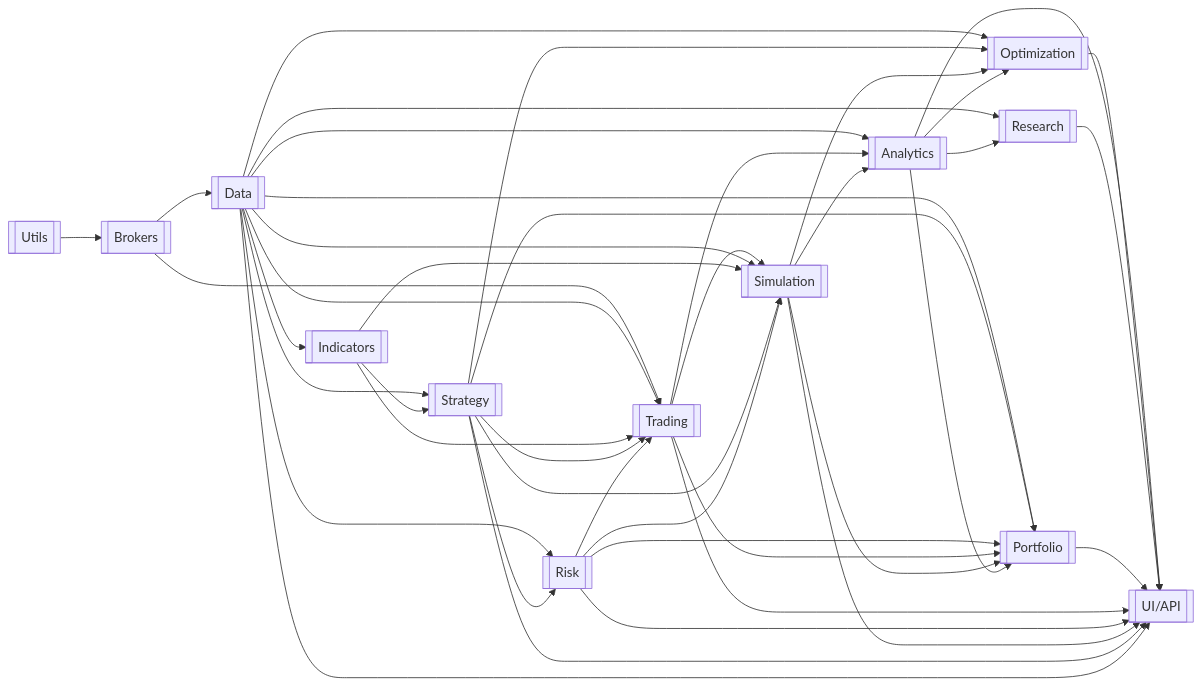
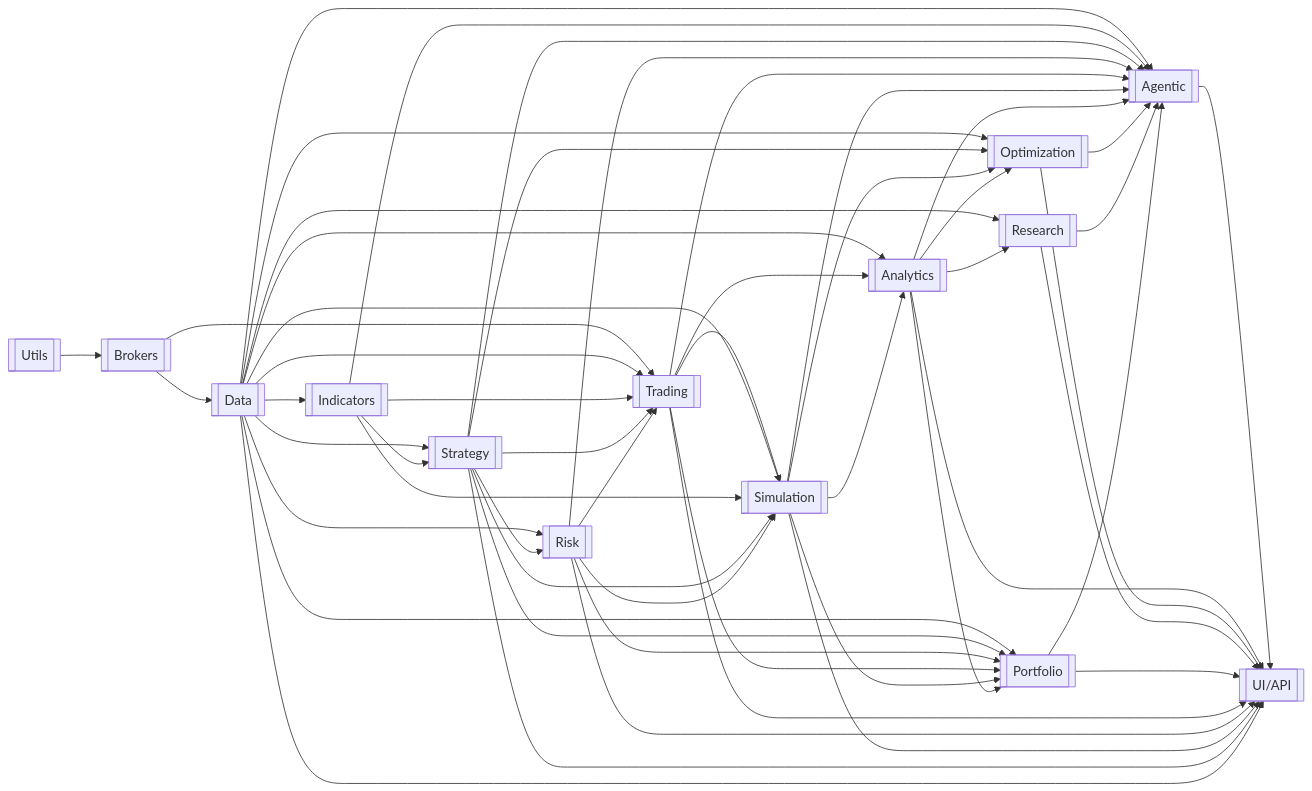
Before and after one commit to haruperi/HaruQuantAI: the second of 5 diagrams in docs/PROJECT.md, drawn with Mermaid. The commit also changed other lines of this file and 155 other files, not shown here.

````diff
--- a/docs/PROJECT.md
+++ b/docs/PROJECT.md
@@ -320,58 +334,70 @@
 ```mermaid
 flowchart LR
     UTILS[[Utils]]
     BROKER[[Brokers]]
     DATA[[Data]]
     IND[[Indicators]]
     STRAT[[Strategy]]
     RISK[[Risk]]
     TRADE[[Trading]]
     SIM[[Simulation]]
     ANA[[Analytics]]
     OPT[[Optimization]]
     RES[[Research]]
     PORT[[Portfolio]]
+    AGENTIC[[Agentic]]
     UIAPI[[UI/API]]
 
     UTILS --> BROKER
     BROKER --> DATA
     BROKER --> TRADE
     DATA --> IND
     DATA --> STRAT
     DATA --> RISK
     DATA --> TRADE
     IND --> TRADE
     STRAT --> TRADE
     DATA --> RES
     DATA --> OPT
     DATA --> ANA
     IND --> STRAT
     STRAT --> RISK
     STRAT --> OPT
     RISK --> TRADE
     TRADE --> SIM
     DATA --> SIM
     IND --> SIM
     STRAT --> SIM
     RISK --> SIM
     TRADE --> ANA
     SIM --> ANA
     SIM --> OPT
     ANA --> OPT
     ANA --> RES
     DATA --> PORT
     STRAT --> PORT
     RISK --> PORT
     TRADE --> PORT
     SIM --> PORT
     ANA --> PORT
+    DATA --> AGENTIC
+    IND --> AGENTIC
+    STRAT --> AGENTIC
+    RISK --> AGENTIC
+    TRADE --> AGENTIC
+    SIM --> AGENTIC
+    ANA --> AGENTIC
+    OPT --> AGENTIC
+    RES --> AGENTIC
+    PORT --> AGENTIC
+    AGENTIC --> UIAPI
     ANA --> UIAPI
     OPT --> UIAPI
     RES --> UIAPI
     PORT --> UIAPI
     TRADE --> UIAPI
     RISK --> UIAPI
     SIM --> UIAPI
     STRAT --> UIAPI
     DATA --> UIAPI
 ```
````
